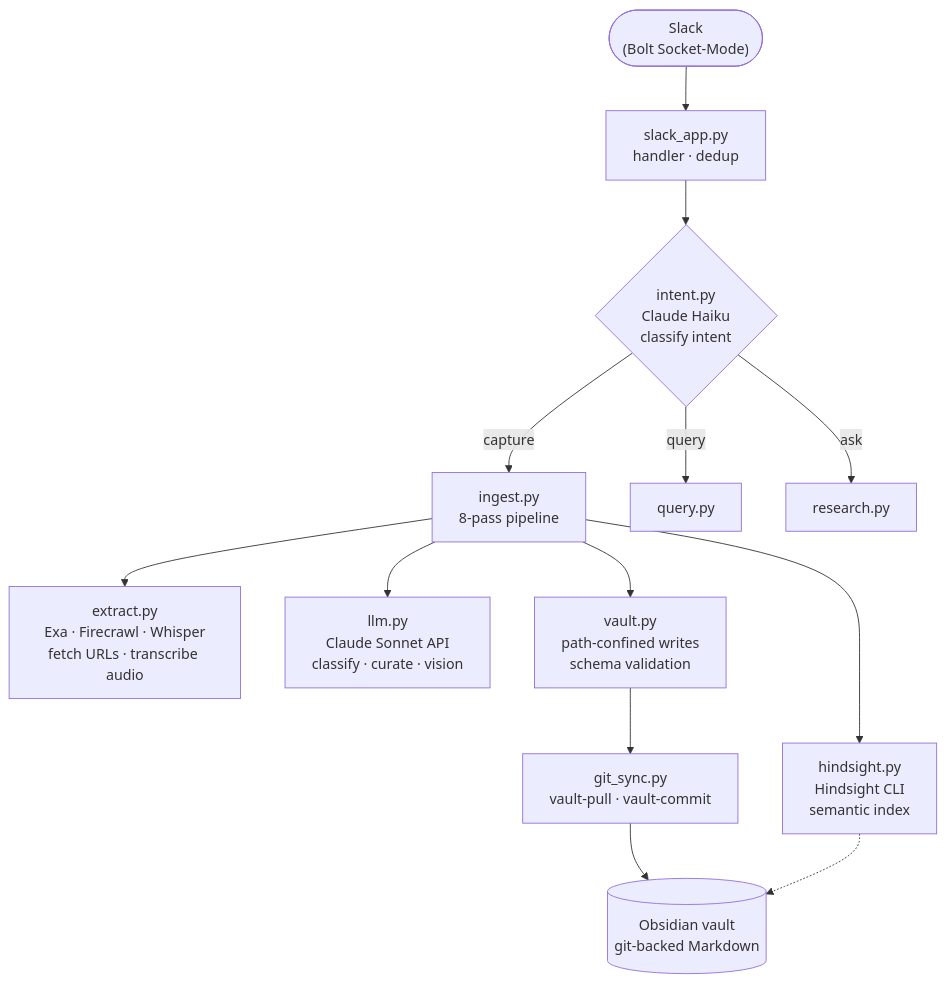
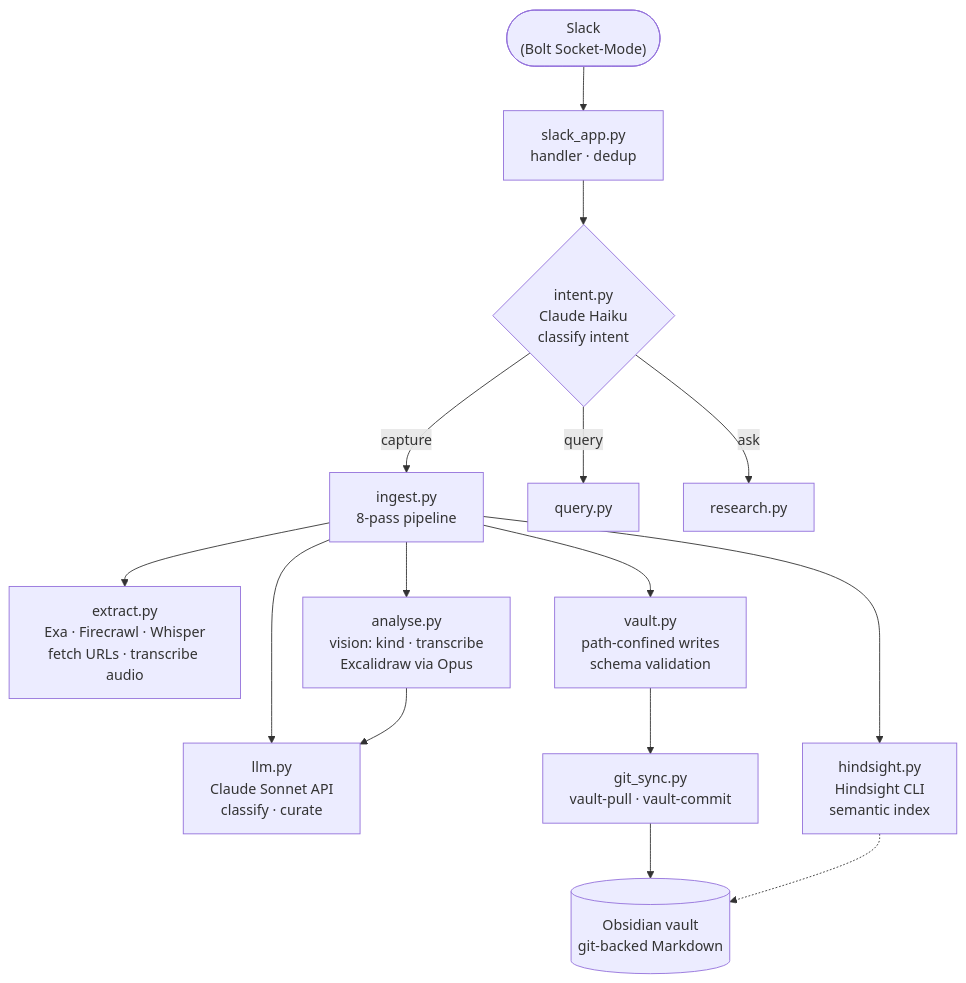
One commit to gilesknap/thoth changed the first of 2 diagrams in docs/explanations/architecture.md. Above: the diagram before and after it, drawn with Mermaid. The commit also changed other lines of this file, not shown here.

First line of the commit message:
docs(architecture): document the multi-model pipeline strategy

````diff
--- a/docs/explanations/architecture.md
+++ b/docs/explanations/architecture.md
@@ -26,16 +26,18 @@
 ```{mermaid}
 flowchart TB
     slack(["Slack<br>(Bolt Socket-Mode)"])
     slack --> sa["slack_app.py<br>handler · dedup"]
     sa --> ig{"intent.py<br>Claude Haiku<br>classify intent"}
     ig -->|capture| ing["ingest.py<br>8-pass pipeline"]
     ig -->|query| qry["query.py"]
     ig -->|ask| res["research.py"]
     ing --> ext["extract.py<br>Exa · Firecrawl · Whisper<br>fetch URLs · transcribe audio"]
-    ing --> llm["llm.py<br>Claude Sonnet API<br>classify · curate · vision"]
+    ing --> an["analyse.py<br>vision: kind · transcribe<br>Excalidraw via Opus"]
+    ing --> llm["llm.py<br>Claude Sonnet API<br>classify · curate"]
+    an --> llm
     ing --> va["vault.py<br>path-confined writes<br>schema validation"]
     ing --> hs["hindsight.py<br>Hindsight CLI<br>semantic index"]
     va --> gs["git_sync.py<br>vault-pull · vault-commit"]
     gs --> ov[("Obsidian vault<br>git-backed Markdown")]
     hs -.-> ov
 ```
````
